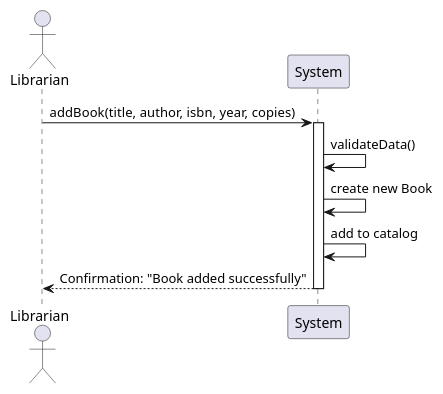
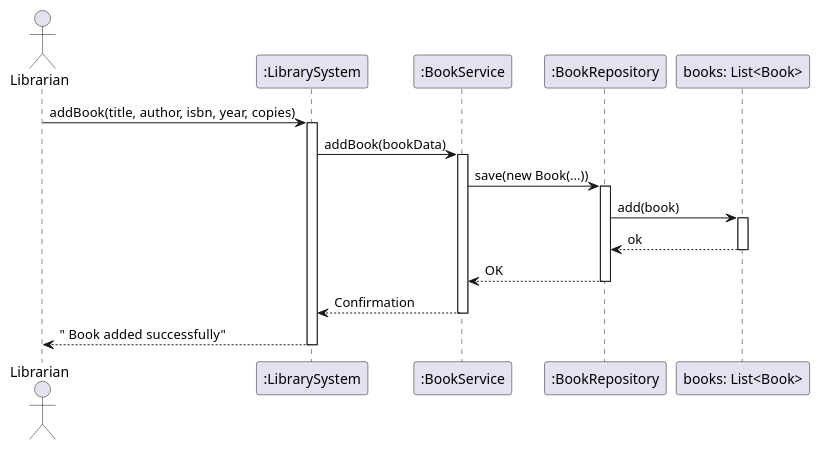
The diagram in src/uml/intecSequenceAdd.puml (BramLab/IntecPunt), drawn with PlantUML before and after one commit.

Commit message:
modification diagram sequence adding book based on the new class diagram

```diff
--- a/src/uml/intecSequenceAdd.puml
+++ b/src/uml/intecSequenceAdd.puml
@@ -1,15 +1,31 @@
 @startuml
 'https://plantuml.com/sequence-diagram
 actor Librarian
-participant "System" as sys
+participant ":LibrarySystem" as System
+participant ":BookService" as Service
+participant ":BookRepository" as Repo
+participant "books: List<Book>" as List
 
-Librarian -> sys: addBook(title, author, isbn, year, copies)
-activate sys
+Librarian -> System: addBook(title, author, isbn, year, copies)
+activate System
 
-sys -> sys: validateData()
-sys -> sys: create new Book
-sys -> sys: add to catalog
+System -> Service: addBook(bookData)
+activate Service
 
-sys --> Librarian: Confirmation: "Book added successfully"
-deactivate sys
+Service -> Repo: save(new Book(...))
+activate Repo
+
+Repo -> List: add(book)
+activate List
+List --> Repo:   ok
+deactivate List
+
+Repo --> Service: OK
+deactivate Repo
+
+Service --> System: Confirmation
+deactivate Service
+
+System --> Librarian: "  Book added successfully"
+deactivate System
 @enduml
```
